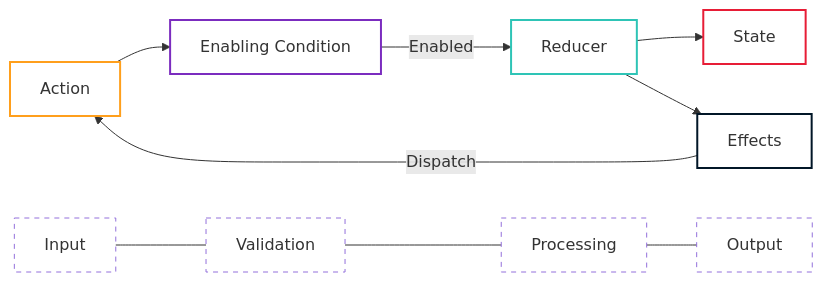
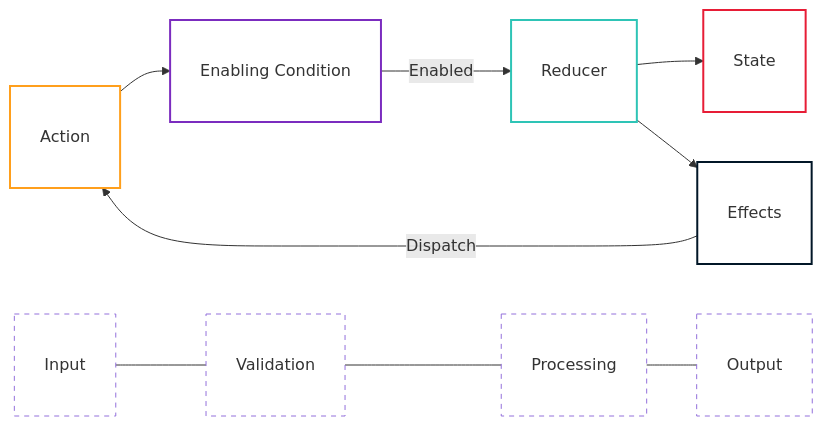
One commit to openmina/openmina changed the diagram in llm-docs-v2/architecture/state-machine-architecture.md. Above: the diagram before and after it, drawn with Mermaid. The commit also changed other lines of this file and 11 other files, not shown here.

````diff
--- a/llm-docs-v2/architecture/state-machine-architecture.md
+++ b/llm-docs-v2/architecture/state-machine-architecture.md
@@ -11,25 +11,25 @@
 ```mermaid
 flowchart LR
     Action["Action"] --> EnablingCondition["Enabling Condition"]
     EnablingCondition --> |"Enabled"| Reducer["Reducer"]
     Reducer --> State["State"]
     Reducer --> Effects["Effects"]
     Effects --> |"Dispatch"| Action
-    
+
     %% Legend
     L1["Input"] --- L2["Validation"] --- L3["Processing"] --- L4["Output"]
-    
-    classDef actionClass stroke:#ff9f1c,stroke-width:2px,fill:none;
-    classDef conditionClass stroke:#7b2cbf,stroke-width:2px,fill:none;
-    classDef reducerClass stroke:#2ec4b6,stroke-width:2px,fill:none;
-    classDef stateClass stroke:#e71d36,stroke-width:2px,fill:none;
-    classDef effectsClass stroke:#011627,stroke-width:2px,fill:none;
-    classDef legend stroke-dasharray: 5 5, fill:none;
-    
+
+    classDef actionClass stroke:#ff9f1c,stroke-width:2px,fill:none,padding:15px,margin:10px;
+    classDef conditionClass stroke:#7b2cbf,stroke-width:2px,fill:none,padding:15px,margin:10px;
+    classDef reducerClass stroke:#2ec4b6,stroke-width:2px,fill:none,padding:15px,margin:10px;
+    classDef stateClass stroke:#e71d36,stroke-width:2px,fill:none,padding:15px,margin:10px;
+    classDef effectsClass stroke:#011627,stroke-width:2px,fill:none,padding:15px,margin:10px;
+    classDef legend stroke-dasharray: 5 5, fill:none,padding:15px,margin:10px;
+
     class Action actionClass;
     class EnablingCondition conditionClass;
     class Reducer reducerClass;
     class State stateClass;
     class Effects effectsClass;
     class L1,L2,L3,L4 legend;
 ```
````
